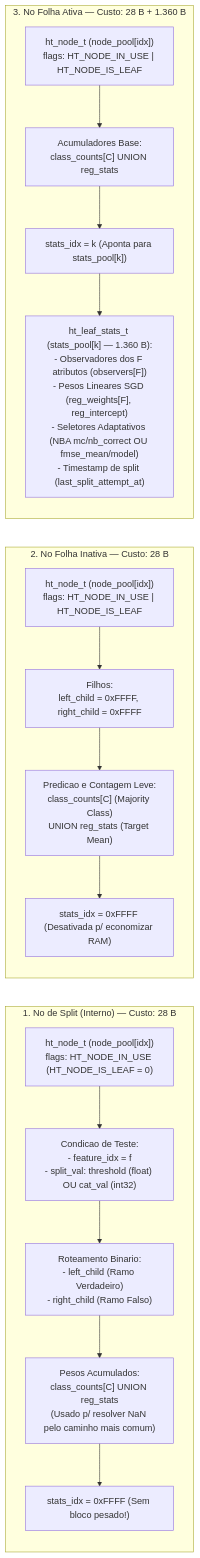
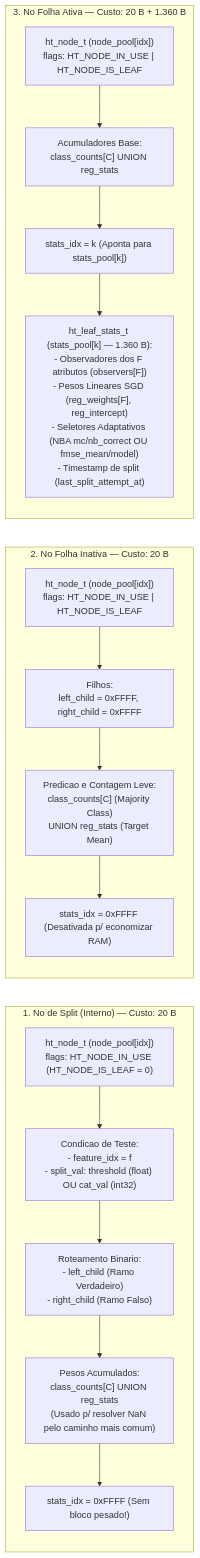
Before and after one commit to Julio-C-Oliveira/pessoal_minimal-decision-tree: the third of 8 diagrams in wiki/Arquitetura-e-Fluxogramas.md, drawn with Mermaid. The commit also changed other lines of this file and 8 other files, not shown here.

````diff
--- a/wiki/Arquitetura-e-Fluxogramas.md
+++ b/wiki/Arquitetura-e-Fluxogramas.md
@@ -116,30 +116,30 @@
 ```mermaid
 flowchart LR
-    subgraph SPLIT_NODE["1. No de Split (Interno) — Custo: 28 B"]
+    subgraph SPLIT_NODE["1. No de Split (Interno) — Custo: 20 B"]
         direction TB
         SN_HEAD["ht_node_t (node_pool[idx])\nflags: HT_NODE_IN_USE (HT_NODE_IS_LEAF = 0)"]
         SN_RULE["Condicao de Teste:\n- feature_idx = f\n- split_val: threshold (float) OU cat_val (int32)"]
         SN_CH["Roteamento Binario:\n- left_child (Ramo Verdadeiro)\n- right_child (Ramo Falso)"]
         SN_W["Pesos Acumulados:\nclass_counts[C] UNION reg_stats\n(Usado p/ resolver NaN pelo caminho mais comum)"]
         SN_ST["stats_idx = 0xFFFF (Sem bloco pesado!)"]
         SN_HEAD --> SN_RULE --> SN_CH --> SN_W --> SN_ST
     end
 
-    subgraph INACTIVE_LEAF["2. No Folha Inativa — Custo: 28 B"]
+    subgraph INACTIVE_LEAF["2. No Folha Inativa — Custo: 20 B"]
         direction TB
         IL_HEAD["ht_node_t (node_pool[idx])\nflags: HT_NODE_IN_USE | HT_NODE_IS_LEAF"]
         IL_CH["Filhos:\nleft_child = 0xFFFF, right_child = 0xFFFF"]
         IL_W["Predicao e Contagem Leve:\nclass_counts[C] (Majority Class)\nUNION reg_stats (Target Mean)"]
         IL_ST["stats_idx = 0xFFFF (Desativada p/ economizar RAM)"]
         IL_HEAD --> IL_CH --> IL_W --> IL_ST
     end
 
-    subgraph ACTIVE_LEAF["3. No Folha Ativa — Custo: 28 B + 1.360 B"]
+    subgraph ACTIVE_LEAF["3. No Folha Ativa — Custo: 20 B + 1.360 B"]
         direction TB
         AL_HEAD["ht_node_t (node_pool[idx])\nflags: HT_NODE_IN_USE | HT_NODE_IS_LEAF"]
         AL_W["Acumuladores Base:\nclass_counts[C] UNION reg_stats"]
         AL_ST["stats_idx = k (Aponta para stats_pool[k])"]
         AL_HEAVY["ht_leaf_stats_t (stats_pool[k] — 1.360 B):\n- Observadores dos F atributos (observers[F])\n- Pesos Lineares SGD (reg_weights[F], reg_intercept)\n- Seletores Adaptativos (NBA mc/nb_correct OU fmse_mean/model)\n- Timestamp de split (last_split_attempt_at)"]
         AL_HEAD --> AL_W --> AL_ST --> AL_HEAVY
     end
 ```
````
